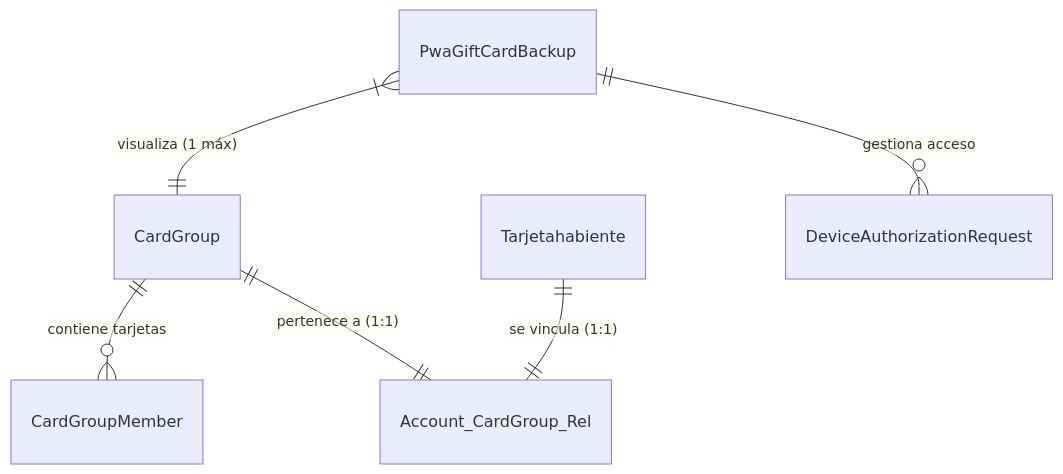
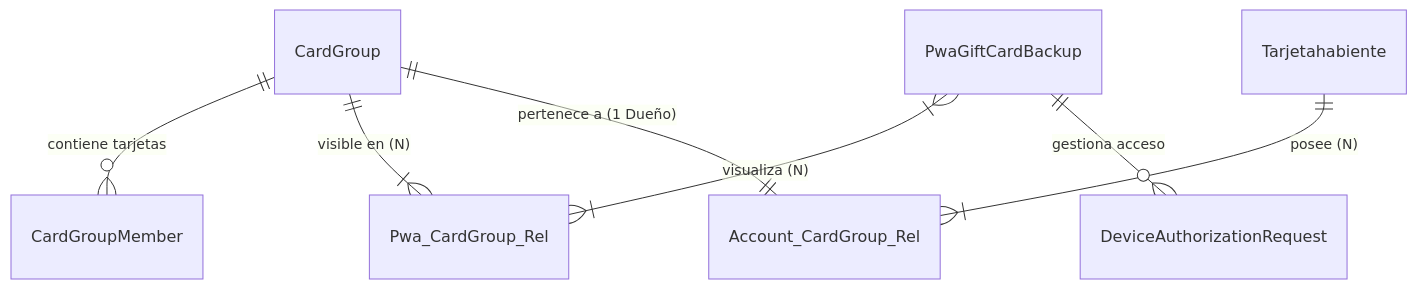
The diagram in README.md (bulmaroarellano/pwa-architecture-proposal), drawn with Mermaid before and after one commit. The commit also changed other lines of this file and 1 other file, not shown here.

Commit message:
Revert to Multi-Group architecture (N:M)

````diff
--- a/README.md
+++ b/README.md
@@ -17,11 +17,12 @@
 ```mermaid
 erDiagram
     CardGroup ||--o{ CardGroupMember : "contiene tarjetas"
     
-    PwaGiftCardBackup }|--|| CardGroup : "visualiza (1 máx)"
+    PwaGiftCardBackup }|--|{ Pwa_CardGroup_Rel : "visualiza (N)"
+    CardGroup ||--|{ Pwa_CardGroup_Rel : "visible en (N)"
     
-    Tarjetahabiente ||--|| Account_CardGroup_Rel : "se vincula (1:1)"
-    CardGroup ||--|| Account_CardGroup_Rel : "pertenece a (1:1)"
+    Tarjetahabiente ||--|{ Account_CardGroup_Rel : "posee (N)"
+    CardGroup ||--|| Account_CardGroup_Rel : "pertenece a (1 Dueño)"
 
     PwaGiftCardBackup ||--o{ DeviceAuthorizationRequest : "gestiona acceso"
 ```
````
